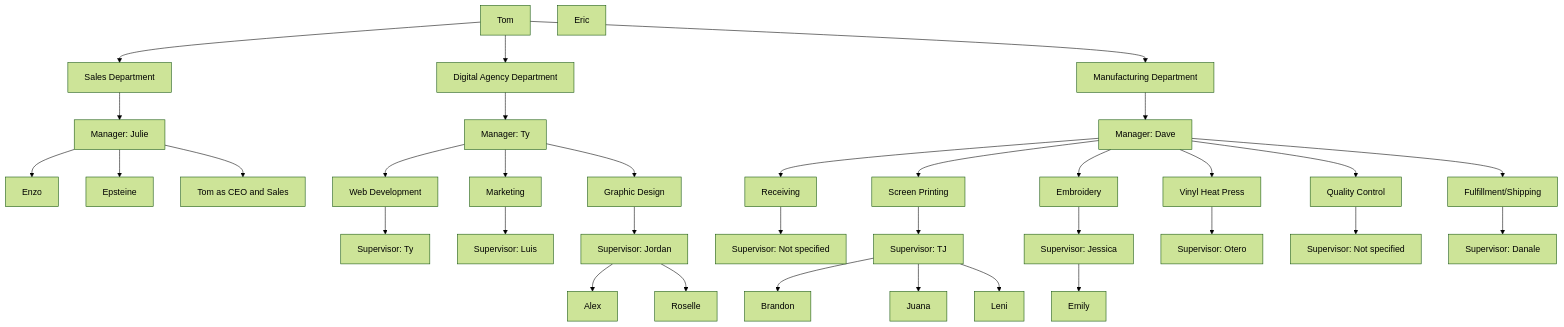
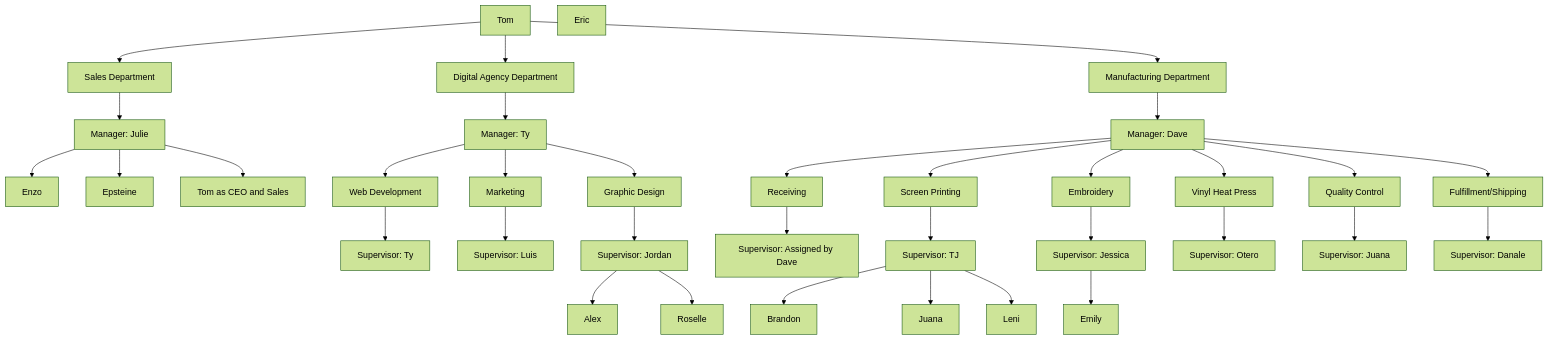
Before and after one commit to TyGrim13/4WinnerFlows: the first of 11 diagrams in README.md, drawn with Mermaid (forest theme).

````diff
--- a/README.md
+++ b/README.md
@@ -28,75 +28,75 @@
 ```mermaid
 
 flowchart TD
     CEO[Tom] & Eric
     SalesDept[Sales Department]
     SalesMgr[Manager: Julie]
     Enzo[Enzo]
     Epsteine[Epsteine]
     TomAsSales[Tom as CEO and Sales]
     CEO --> SalesDept
     SalesDept --> SalesMgr
     SalesMgr --> Enzo
     SalesMgr --> Epsteine
     SalesMgr --> TomAsSales
 
     DigitalAgency[Digital Agency Department]
     DigitalMgr[Manager: Ty]
     WebDev[Web Development]
     WebSup[Supervisor: Ty]
     Marketing[Marketing]
     MarkSup[Supervisor: Luis]
     GraphicDesign[Graphic Design]
     GDSup[Supervisor: Jordan]
     Alex[Alex]
     Roselle[Roselle]
     CEO --> DigitalAgency
     DigitalAgency --> DigitalMgr
     DigitalMgr --> WebDev
     WebDev --> WebSup
     DigitalMgr --> Marketing
     Marketing --> MarkSup
     DigitalMgr --> GraphicDesign
     GraphicDesign --> GDSup
     GDSup --> Alex
     GDSup --> Roselle
 
     Manufacturing[Manufacturing Department]
     ManuMgr[Manager: Dave]
     Receiving[Receiving]
-    RecSup[Supervisor: Not specified]
+    RecSup[Supervisor: Assigned by Dave]
     ScreenPrinting[Screen Printing]
     SP[Supervisor: TJ]
     SPBrandon[Brandon]
     SPJuana[Juana]
     SPLeni[Leni]
     Embroidery[Embroidery]
     EmbSup[Supervisor: Jessica]
     Emily[Emily]
     VinylHeatPress[Vinyl Heat Press]
     VHP[Supervisor: Otero]
     QualityControl[Quality Control]
-    QCSup[Supervisor: Not specified]
+    QCSup[Supervisor: Juana]
     FulfillmentShipping[Fulfillment/Shipping]
     FulfillSup[Supervisor: Danale]
     CEO --> Manufacturing
     Manufacturing --> ManuMgr
     ManuMgr --> Receiving
     Receiving --> RecSup
     ManuMgr --> ScreenPrinting
     ScreenPrinting --> SP
     SP --> SPBrandon
     SP --> SPJuana
     SP --> SPLeni
     ManuMgr --> Embroidery
     Embroidery --> EmbSup
     EmbSup --> Emily
     ManuMgr --> VinylHeatPress
     VinylHeatPress --> VHP
     ManuMgr --> QualityControl
     QualityControl --> QCSup
     ManuMgr --> FulfillmentShipping
     FulfillmentShipping --> FulfillSup
 
 
 ```
````
